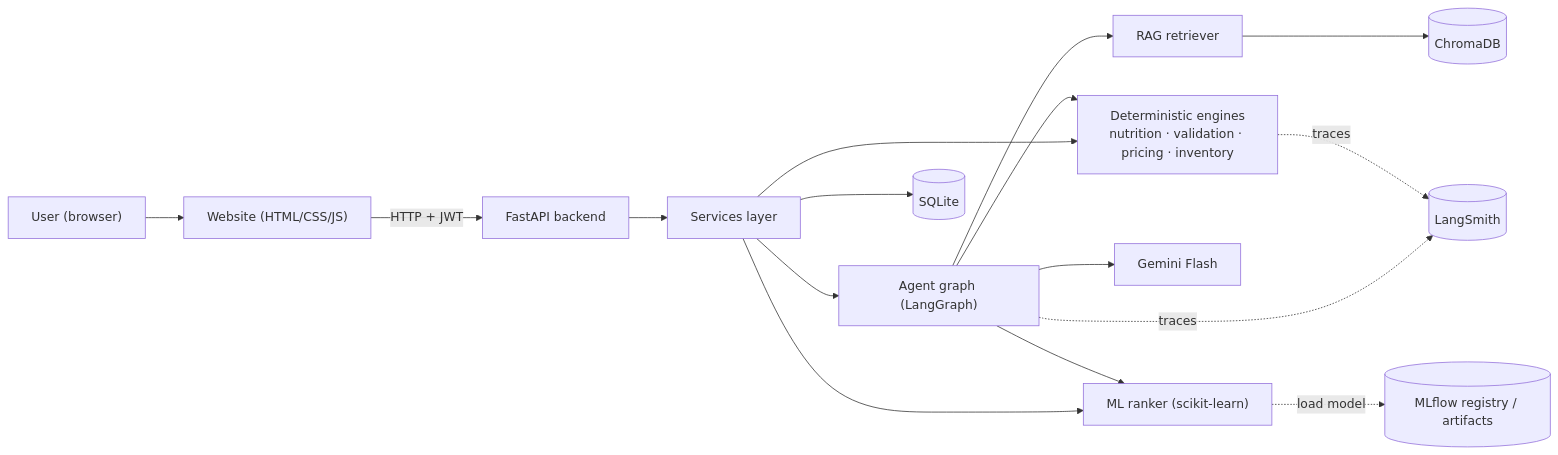
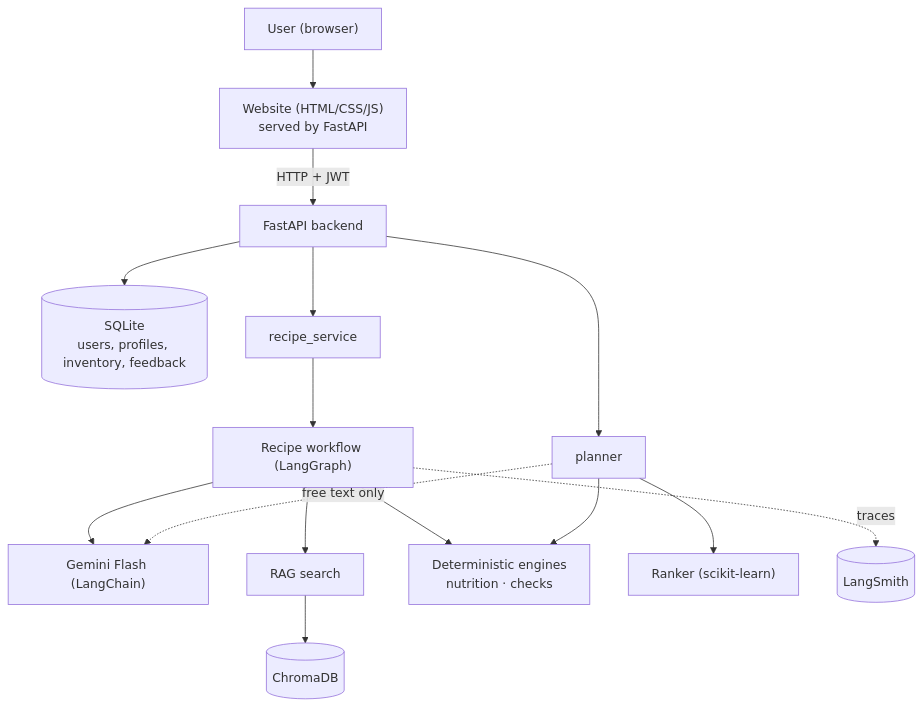
Before and after one commit to ShubhranshuVerma/NutriChef_AI: the first of 6 diagrams in docs/architecture.md, drawn with Mermaid. The commit also changed other lines of this file and 14 other files, not shown here.

````diff
--- a/docs/architecture.md
+++ b/docs/architecture.md
@@ -24,18 +22,16 @@
 ```mermaid
-flowchart LR
-    U["User (browser)"] --> UI["Website (HTML/CSS/JS)"]
+flowchart TB
+    U["User (browser)"] --> UI["Website (HTML/CSS/JS)<br/>served by FastAPI"]
     UI -->|"HTTP + JWT"| API["FastAPI backend"]
-    API --> SVC["Services layer"]
-    SVC --> G["Agent graph (LangGraph)"]
-    SVC --> ENG["Deterministic engines<br/>nutrition · validation · pricing · inventory"]
-    SVC --> ML["ML ranker (scikit-learn)"]
-    G --> LLM["Gemini Flash"]
-    G --> RAG["RAG retriever"]
-    G --> ENG
-    G --> ML
-    RAG --> VS[("ChromaDB")]
-    SVC --> DB[("SQLite")]
-    ML -.->|"load model"| MLF[("MLflow registry / artifacts")]
+    API --> DB[("SQLite<br/>users, profiles, inventory, feedback")]
+    API --> RS["recipe_service"]
+    API --> PL["planner"]
+    RS --> G["Recipe workflow (LangGraph)"]
+    G --> LLM["Gemini Flash (LangChain)"]
+    G --> RAG["RAG search"] --> VS[("ChromaDB")]
+    G --> ENG["Deterministic engines<br/>nutrition · checks"]
+    PL --> ENG
+    PL --> ML["Ranker (scikit-learn)"]
+    PL -.->|"free text only"| LLM
     G -.->|"traces"| LS[("LangSmith")]
-    ENG -.->|"traces"| LS
 ```
````
